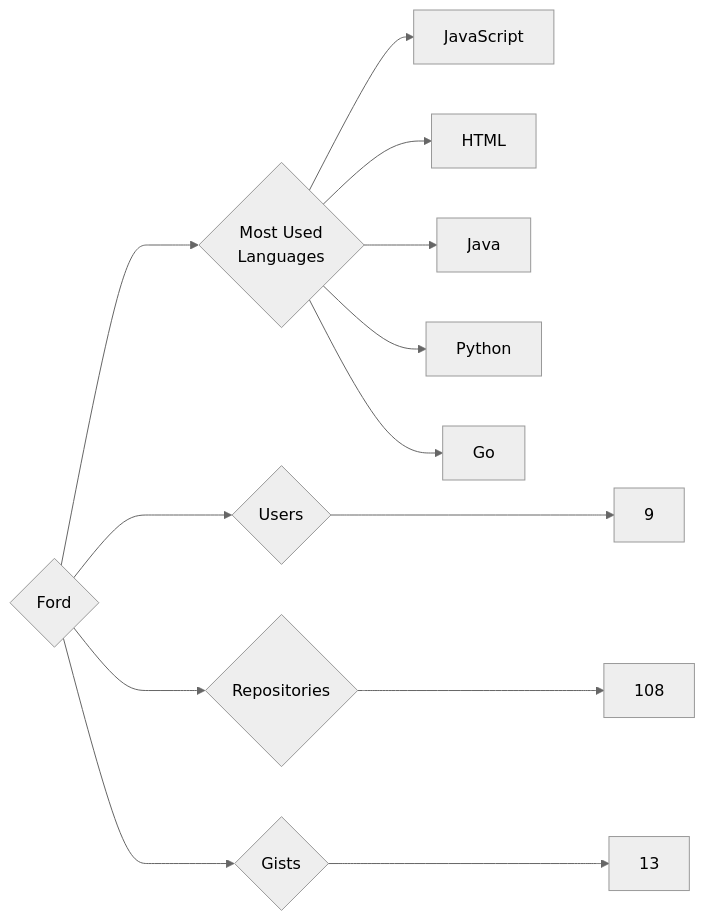
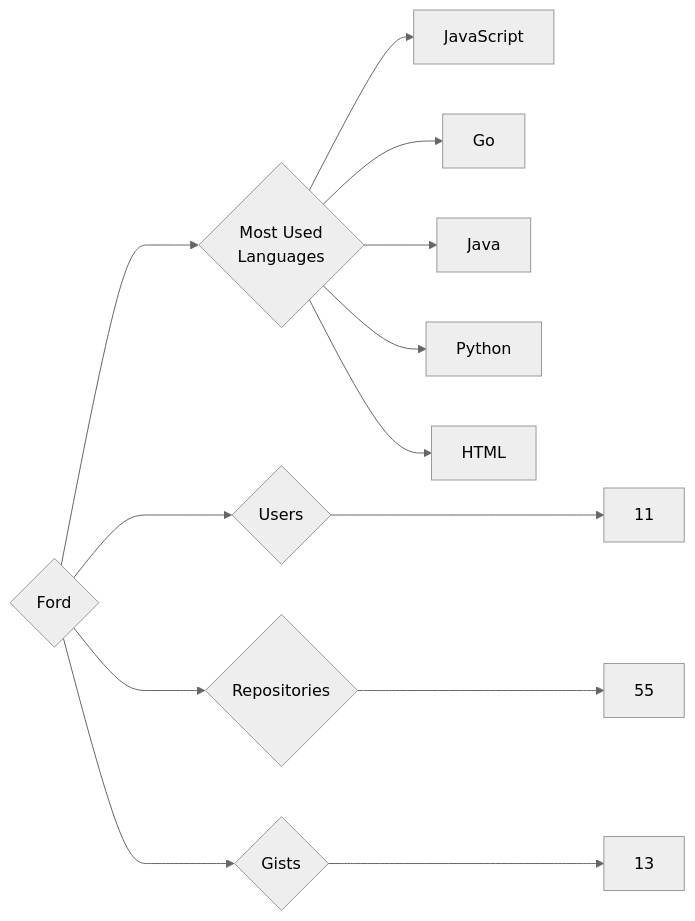
Before and after one commit to trickest/insiders: the diagram in targets/Ford/README.md, drawn with Mermaid (neutral theme). The commit also changed 912 other files, not shown here.

````diff
--- a/targets/Ford/README.md
+++ b/targets/Ford/README.md
@@ -3,13 +3,13 @@
 ```mermaid
 graph LR
 COMPANY_NAME{Ford}
-COMPANY_NAME ---> U{Users} ---> UN[9]
-COMPANY_NAME ---> R{Repositories} ---> RN[108]
+COMPANY_NAME ---> U{Users} ---> UN[11]
+COMPANY_NAME ---> R{Repositories} ---> RN[55]
 COMPANY_NAME ---> G{Gists} ---> GN[13]
 COMPANY_NAME ---> ML{Most Used<br>Languages}
 ML --> JavaScript[JavaScript]
-ML --> HTML[HTML]
+ML --> Go[Go]
 ML --> Java[Java]
 ML --> Python[Python]
-ML --> Go[Go]
+ML --> HTML[HTML]
 ```
````
